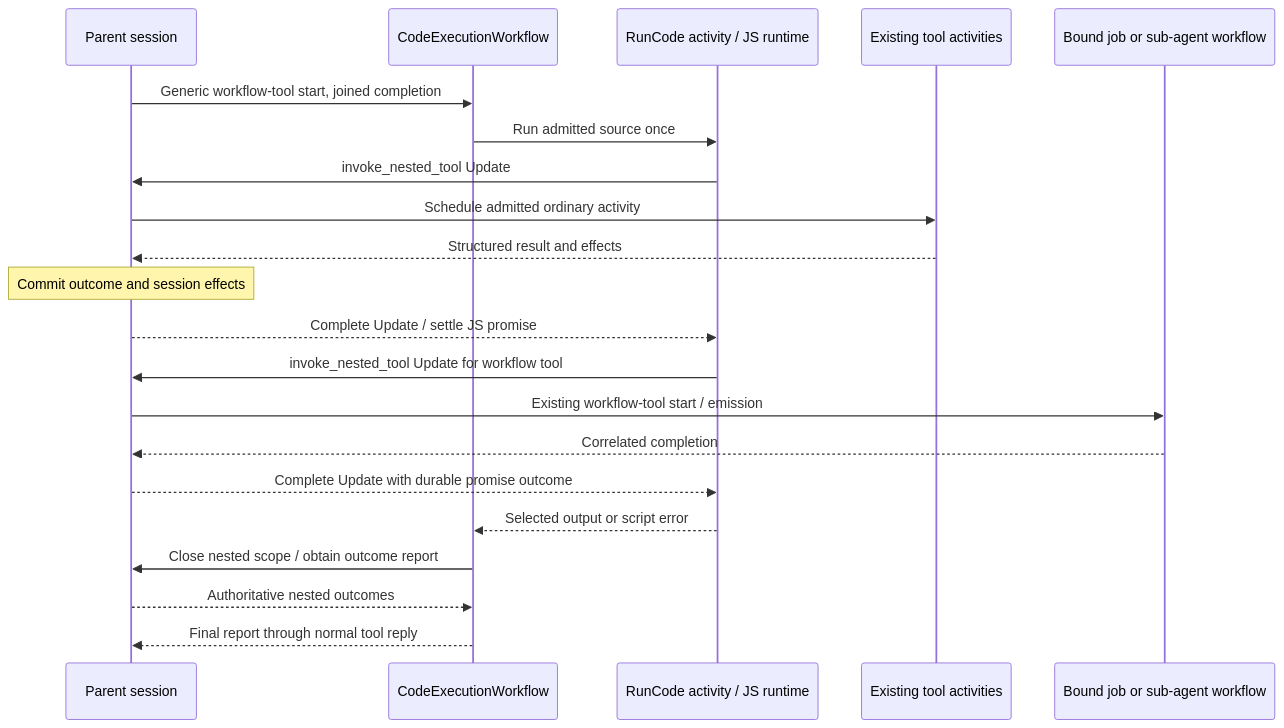
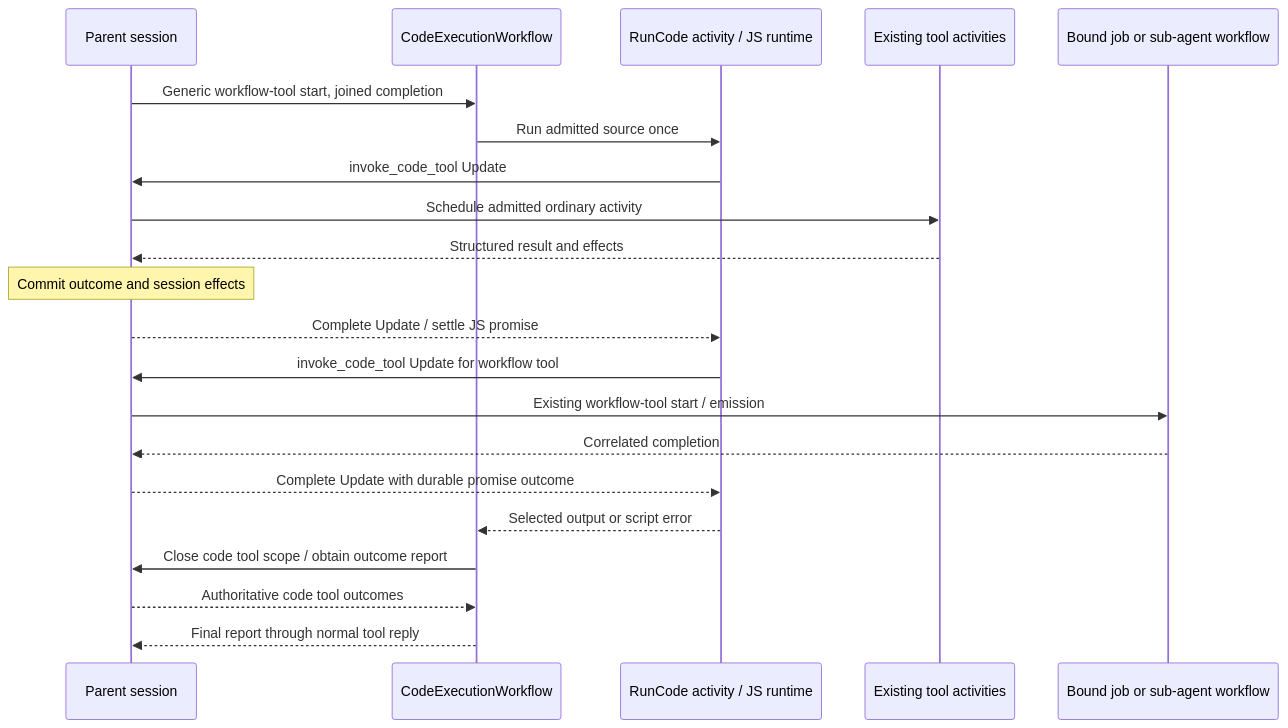
One commit to smartcomputer-ai/lightspeed changed the diagram in docs/roadmap/p191-code-mode.md. Above: the diagram before and after it, drawn with Mermaid. The commit also changed other lines of this file and 93 other files, not shown here.

````diff
--- a/docs/roadmap/p191-code-mode.md
+++ b/docs/roadmap/p191-code-mode.md
@@ -121,23 +325,23 @@
 ```mermaid
 sequenceDiagram
   participant S as Parent session
   participant C as CodeExecutionWorkflow
   participant V as RunCode activity / JS runtime
   participant A as Existing tool activities
   participant W as Bound job or sub-agent workflow
   S->>C: Generic workflow-tool start, joined completion
   C->>V: Run admitted source once
-  V->>S: invoke_nested_tool Update
+  V->>S: invoke_code_tool Update
   S->>A: Schedule admitted ordinary activity
   A-->>S: Structured result and effects
   Note over S: Commit outcome and session effects
   S-->>V: Complete Update / settle JS promise
-  V->>S: invoke_nested_tool Update for workflow tool
+  V->>S: invoke_code_tool Update for workflow tool
   S->>W: Existing workflow-tool start / emission
   W-->>S: Correlated completion
   S-->>V: Complete Update with durable promise outcome
   V-->>C: Selected output or script error
-  C->>S: Close nested scope / obtain outcome report
-  S-->>C: Authoritative nested outcomes
+  C->>S: Close code tool scope / obtain outcome report
+  S-->>C: Authoritative code tool outcomes
   C-->>S: Final report through normal tool reply
 ```
````
